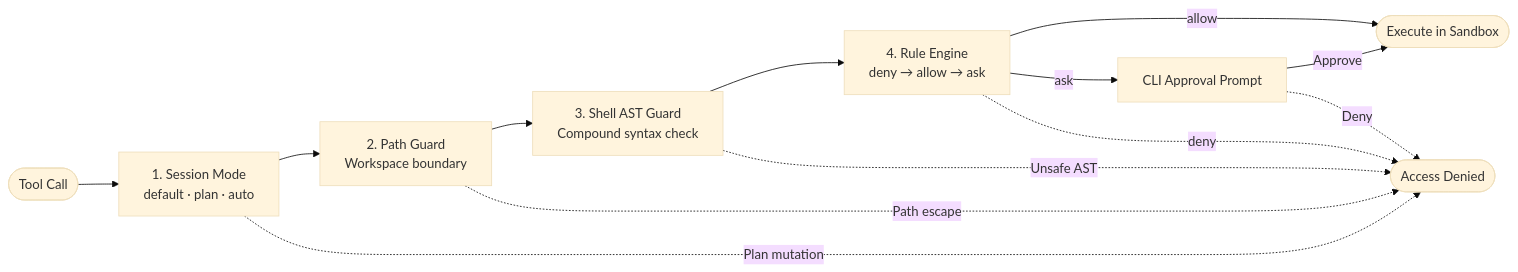
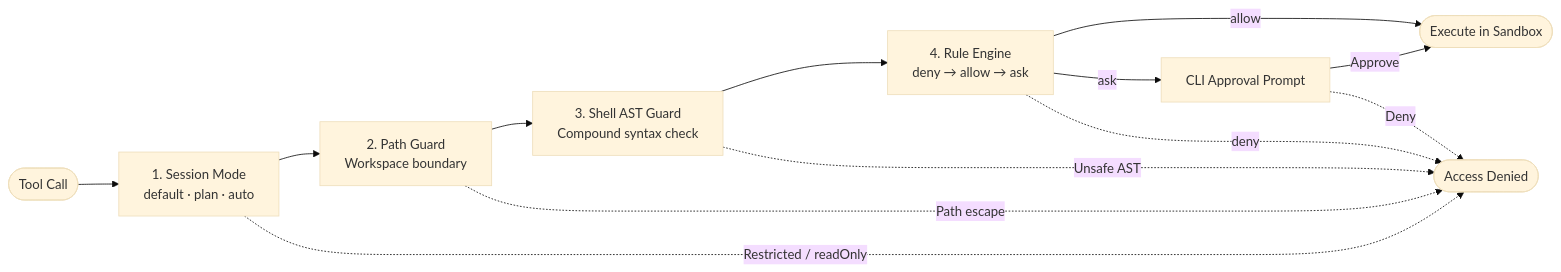
Before and after one commit to masterkeysrd/tasksmith: the first of 2 diagrams in docs/architecture/permissions.md, drawn with Mermaid (base theme). The commit also changed other lines of this file and 99 other files, not shown here.

First line of the commit message:
feat(modes): unify session postures and add plan-mode reviews

````diff
--- a/docs/architecture/permissions.md
+++ b/docs/architecture/permissions.md
@@ -9,17 +9,17 @@
 ```mermaid
 flowchart LR
     Call(["Tool Call"]) --> Mode["1. Session Mode\ndefault · plan · auto"]
     Mode --> Path["2. Path Guard\nWorkspace boundary"]
     Path --> Shell["3. Shell AST Guard\nCompound syntax check"]
     Shell --> Rules["4. Rule Engine\ndeny → allow → ask"]
 
     Rules -->|allow| Exec(["Execute in Sandbox"])
     Rules -->|ask| Prompt["CLI Approval Prompt"]
     Prompt -->|Approve| Exec
 
-    Mode -.->|Plan mutation| Deny(["Access Denied"])
+    Mode -.->|Restricted / readOnly| Deny(["Access Denied"])
     Path -.->|Path escape| Deny
     Shell -.->|Unsafe AST| Deny
     Rules -.->|deny| Deny
     Prompt -.->|Deny| Deny
 ```
````
